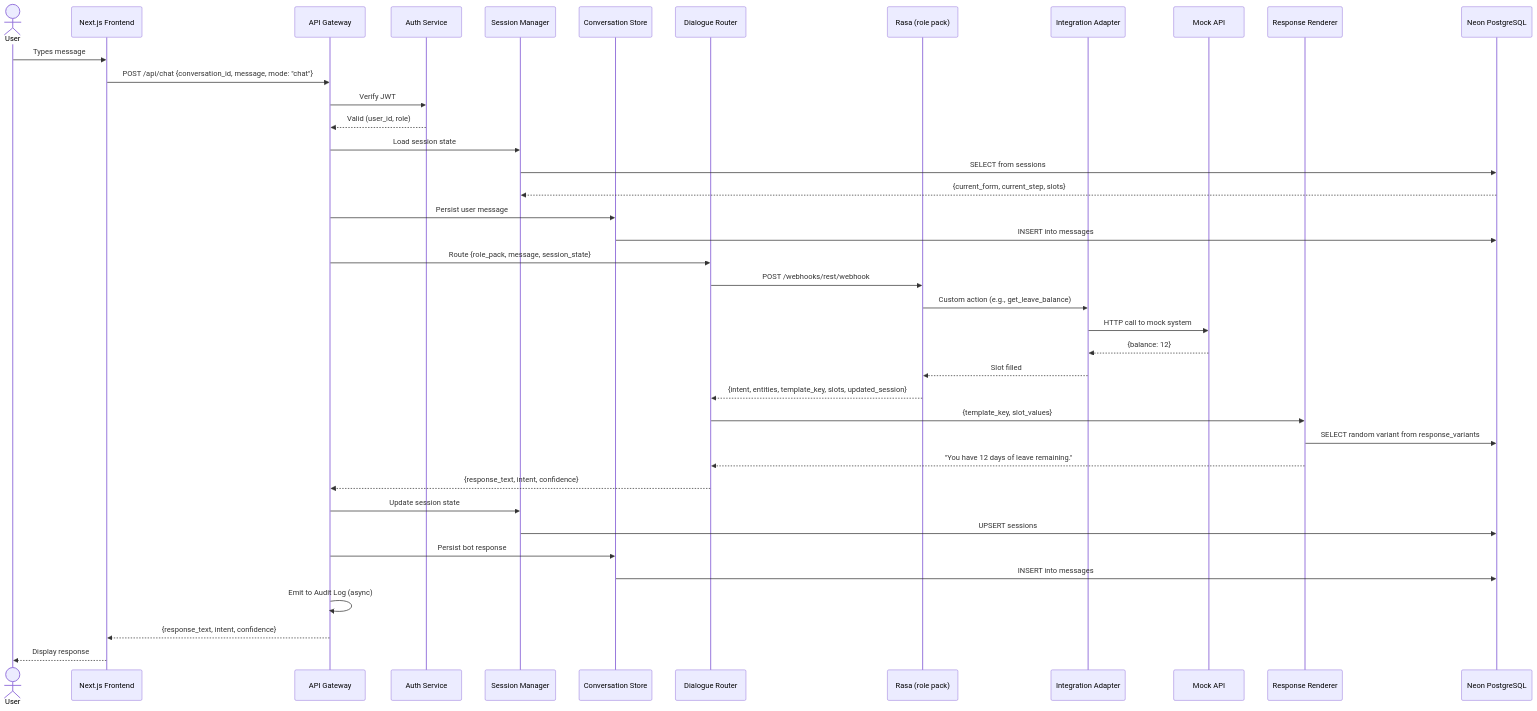
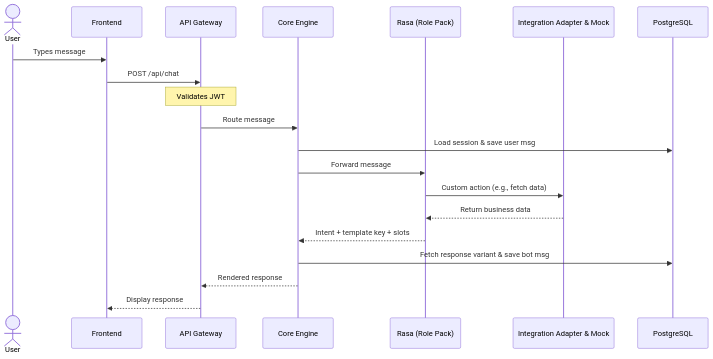
One commit to V-A-R-I-O/vario changed the second of 4 diagrams in docs/ADD.md. Above: the diagram before and after it, drawn with Mermaid. The commit also changed other lines of this file and 8 other files, not shown here.

Commit message:
refactor: Auth module moved to external adapter

````diff
--- a/docs/ADD.md
+++ b/docs/ADD.md
@@ -111,52 +64,23 @@
 ```mermaid
 sequenceDiagram
     actor User
-    participant FE as Next.js Frontend
+    participant FE as Frontend
     participant GW as API Gateway
-    participant AUTH as Auth Service
-    participant SM as Session Manager
-    participant CS as Conversation Store
-    participant DR as Dialogue Router
-    participant RASA as Rasa (role pack)
-    participant ADAPT as Integration Adapter
-    participant MOCK as Mock API
-    participant RR as Response Renderer
-    participant DB as Neon PostgreSQL
+    participant Engine as Core Engine
+    participant Rasa as Rasa (Role Pack)
+    participant Adapt as Integration Adapter & Mock
+    participant DB as PostgreSQL
 
     User->>FE: Types message
-    FE->>GW: POST /api/chat {conversation_id, message, mode: "chat"}
-    GW->>AUTH: Verify JWT
-    AUTH-->>GW: Valid (user_id, role)
-
-    GW->>SM: Load session state
-    SM->>DB: SELECT from sessions
-    DB-->>SM: {current_form, current_step, slots}
-
-    GW->>CS: Persist user message
-    CS->>DB: INSERT into messages
-
-    GW->>DR: Route {role_pack, message, session_state}
-    DR->>RASA: POST /webhooks/rest/webhook
-    RASA->>ADAPT: Custom action (e.g., get_leave_balance)
-    ADAPT->>MOCK: HTTP call to mock system
-    MOCK-->>ADAPT: {balance: 12}
-    ADAPT-->>RASA: Slot filled
-    RASA-->>DR: {intent, entities, template_key, slots, updated_session}
-
-    DR->>RR: {template_key, slot_values}
-    RR->>DB: SELECT random variant from response_variants
-    RR-->>DR: "You have 12 days of leave remaining."
-
-    DR-->>GW: {response_text, intent, confidence}
-
-    GW->>SM: Update session state
-    SM->>DB: UPSERT sessions
-
-    GW->>CS: Persist bot response
-    CS->>DB: INSERT into messages
-
-    GW->>GW: Emit to Audit Log (async)
-
-    GW-->>FE: {response_text, intent, confidence}
-    FE-->>User: Display response
+    FE->>GW: POST /api/chat
+    Note over GW: Validates JWT
+    GW->>Engine: Route message
+    Engine->>DB: Load session & save user msg
+    Engine->>Rasa: Forward message
+    Rasa->>Adapt: Custom action (e.g., fetch data)
+    Adapt-->>Rasa: Return business data
+    Rasa-->>Engine: Intent + template key + slots
+    Engine->>DB: Fetch response variant & save bot msg
+    Engine-->>GW: Rendered response
+    GW-->>FE: Display response
 ```
````
